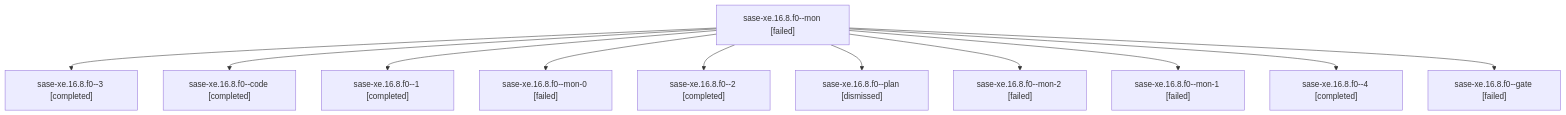
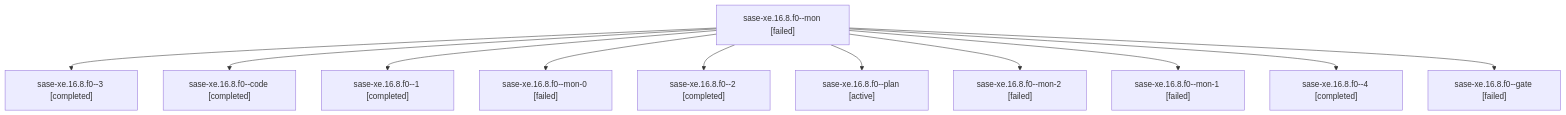
One commit to sase-org/sase--agents changed the diagram in families/bbugyi200.athena.sase-xe.16.8.f0.md. Above: the diagram before and after it, drawn with Mermaid. The commit also changed other lines of this file and 288 other files, not shown here.

````diff
--- a/families/bbugyi200.athena.sase-xe.16.8.f0.md
+++ b/families/bbugyi200.athena.sase-xe.16.8.f0.md
@@ -9,24 +9,24 @@
 ```mermaid
 flowchart TD
   n0["sase-xe.16.8.f0--mon [failed]"]
   n1["sase-xe.16.8.f0--3 [completed]"]
   n0 --> n1
   n2["sase-xe.16.8.f0--code [completed]"]
   n0 --> n2
   n3["sase-xe.16.8.f0--1 [completed]"]
   n0 --> n3
   n4["sase-xe.16.8.f0--mon-0 [failed]"]
   n0 --> n4
   n5["sase-xe.16.8.f0--2 [completed]"]
   n0 --> n5
-  n6["sase-xe.16.8.f0--plan [dismissed]"]
+  n6["sase-xe.16.8.f0--plan [active]"]
   n0 --> n6
   n7["sase-xe.16.8.f0--mon-2 [failed]"]
   n0 --> n7
   n8["sase-xe.16.8.f0--mon-1 [failed]"]
   n0 --> n8
   n9["sase-xe.16.8.f0--4 [completed]"]
   n0 --> n9
   n10["sase-xe.16.8.f0--gate [failed]"]
   n0 --> n10
 ```
````
